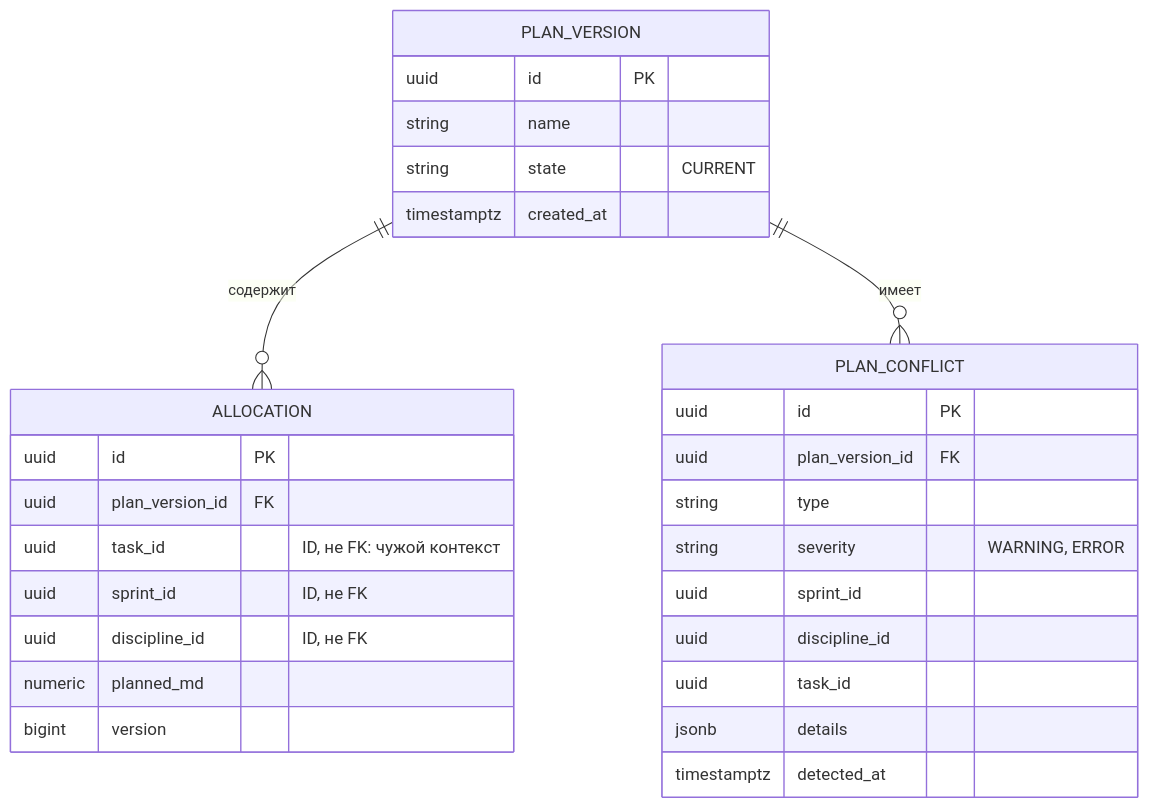
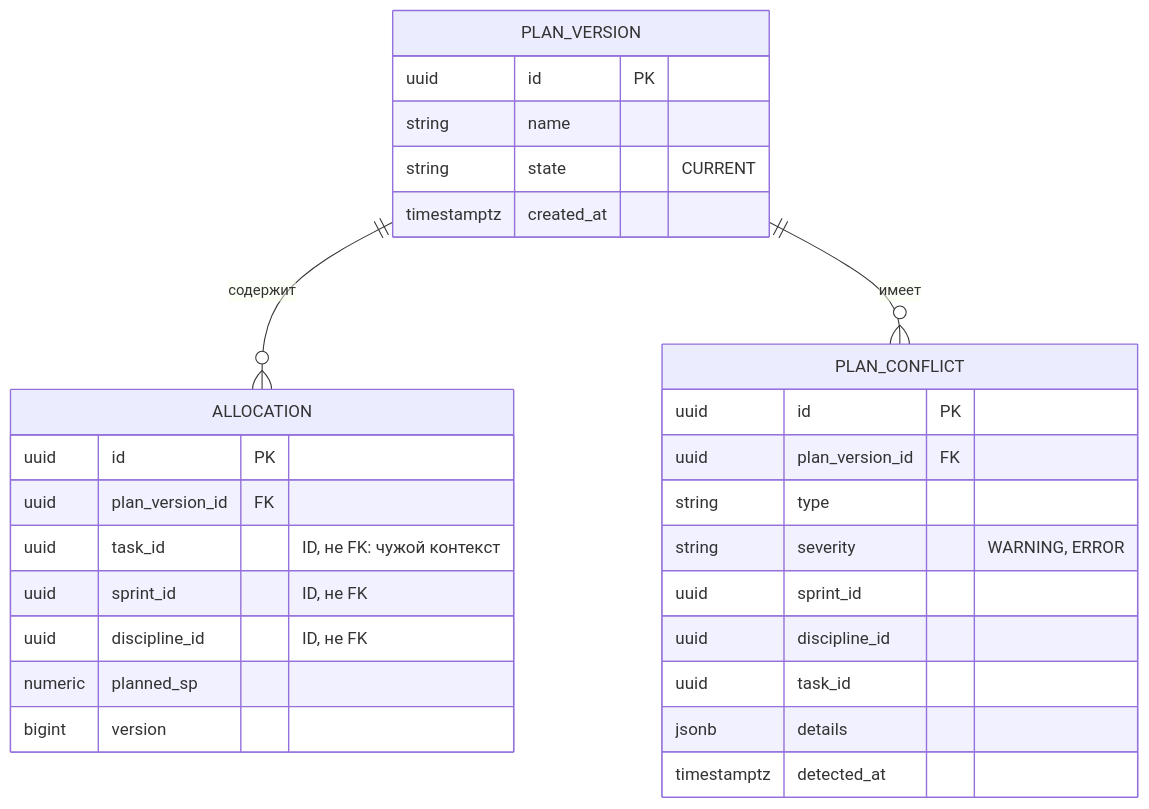
Before and after one commit to Kondrikova/Timeline: the seventh of 12 diagrams in docs/architecture.md, drawn with Mermaid. The commit also changed other lines of this file, not shown here.

````diff
--- a/docs/architecture.md
+++ b/docs/architecture.md
@@ -430,32 +485,32 @@
 ```mermaid
 erDiagram
     PLAN_VERSION ||--o{ ALLOCATION : "содержит"
     PLAN_VERSION ||--o{ PLAN_CONFLICT : "имеет"
 
     PLAN_VERSION {
         uuid id PK
         string name
         string state "CURRENT"
         timestamptz created_at
     }
     ALLOCATION {
         uuid id PK
         uuid plan_version_id FK
         uuid task_id "ID, не FK: чужой контекст"
         uuid sprint_id "ID, не FK"
         uuid discipline_id "ID, не FK"
-        numeric planned_md
+        numeric planned_sp
         bigint version
     }
     PLAN_CONFLICT {
         uuid id PK
         uuid plan_version_id FK
         string type
         string severity "WARNING, ERROR"
         uuid sprint_id
         uuid discipline_id
         uuid task_id
         jsonb details
         timestamptz detected_at
     }
 ```
````
